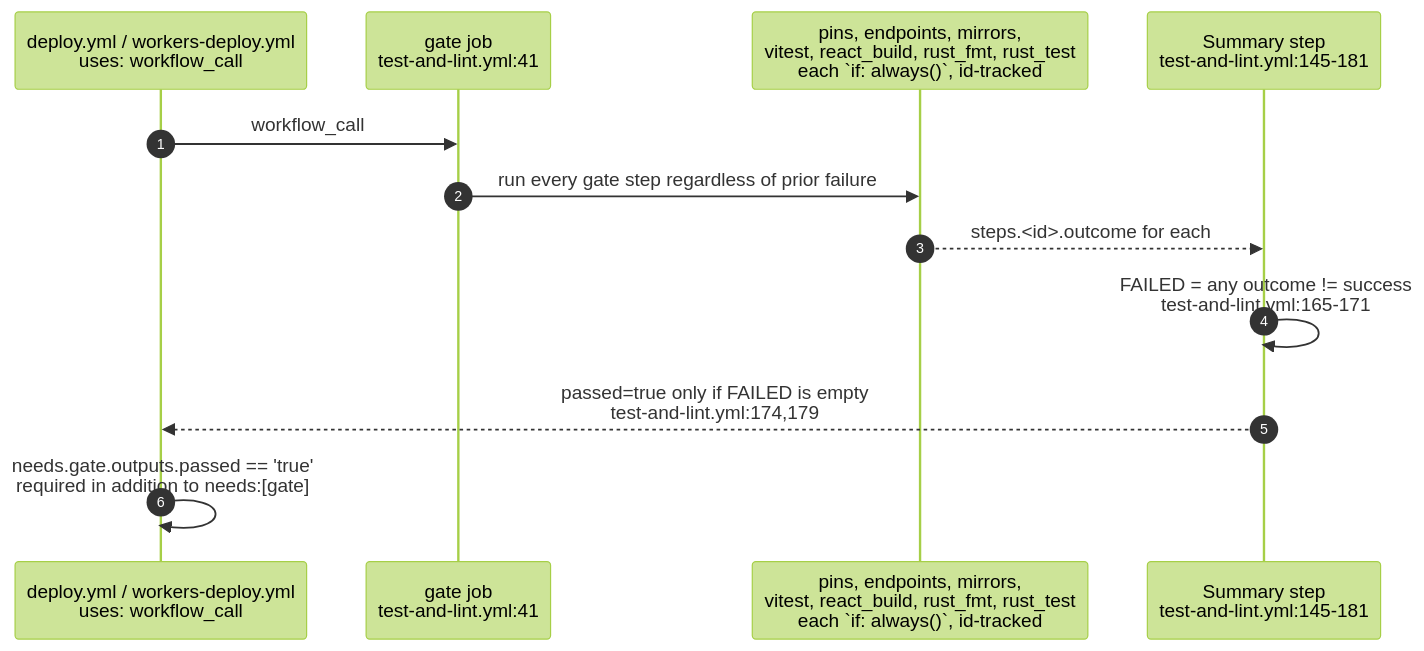
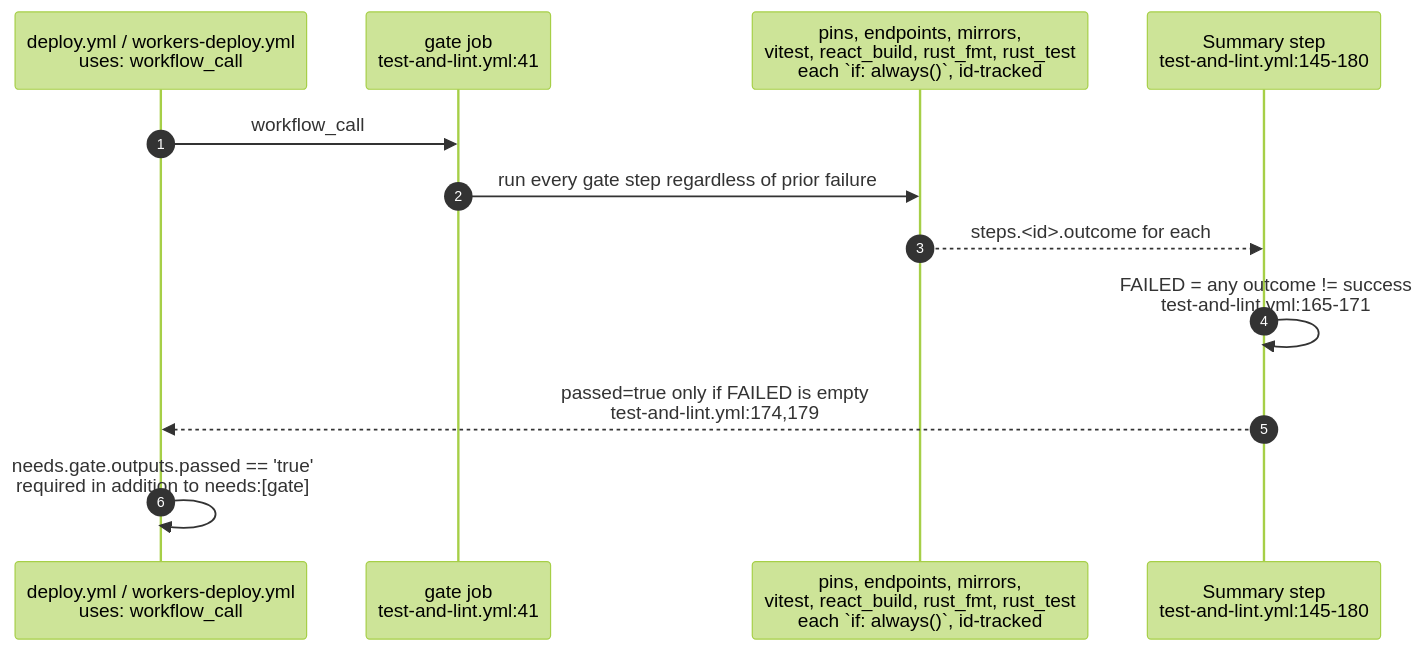
One commit to DreamLab-AI/VisionFlow changed the third of 5 diagrams in docs/diagrams/dreamlab-ai-website/05-ci-gates-rust-ci-kit-pin-playwright.md. Above: the diagram before and after it, drawn with Mermaid (forest theme). The commit also changed other lines of this file and 111 other files, not shown here.

Commit message:
docs(diagrams): align estate maps with current source

````diff
--- a/docs/diagrams/dreamlab-ai-website/05-ci-gates-rust-ci-kit-pin-playwright.md
+++ b/docs/diagrams/dreamlab-ai-website/05-ci-gates-rust-ci-kit-pin-playwright.md
@@ -64,14 +64,14 @@
 ```mermaid
 sequenceDiagram
     autonumber
     participant CALLER as deploy.yml / workers-deploy.yml<br/>uses: workflow_call
     participant GATE as gate job<br/>test-and-lint.yml:41
     participant STEPS as pins, endpoints, mirrors,<br/>vitest, react_build, rust_fmt, rust_test<br/>each `if: always()`, id-tracked
-    participant SUM as Summary step<br/>test-and-lint.yml:145-181
+    participant SUM as Summary step<br/>test-and-lint.yml:145-180
     CALLER->>GATE: workflow_call
     GATE->>STEPS: run every gate step regardless of prior failure
     STEPS-->>SUM: steps.<id>.outcome for each
     SUM->>SUM: FAILED = any outcome != success<br/>test-and-lint.yml:165-171
     SUM-->>CALLER: passed=true only if FAILED is empty<br/>test-and-lint.yml:174,179
     CALLER->>CALLER: needs.gate.outputs.passed == 'true'<br/>required in addition to needs:[gate]
 ```
````
